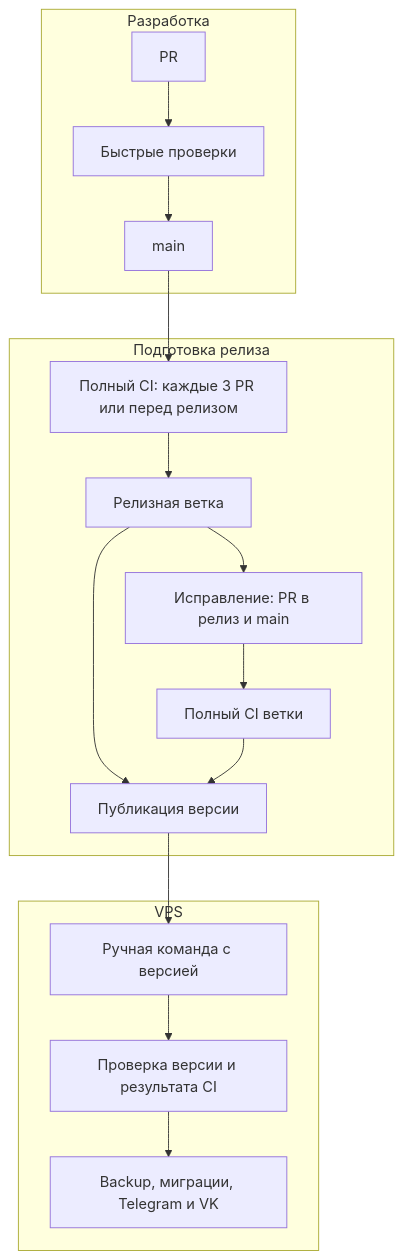
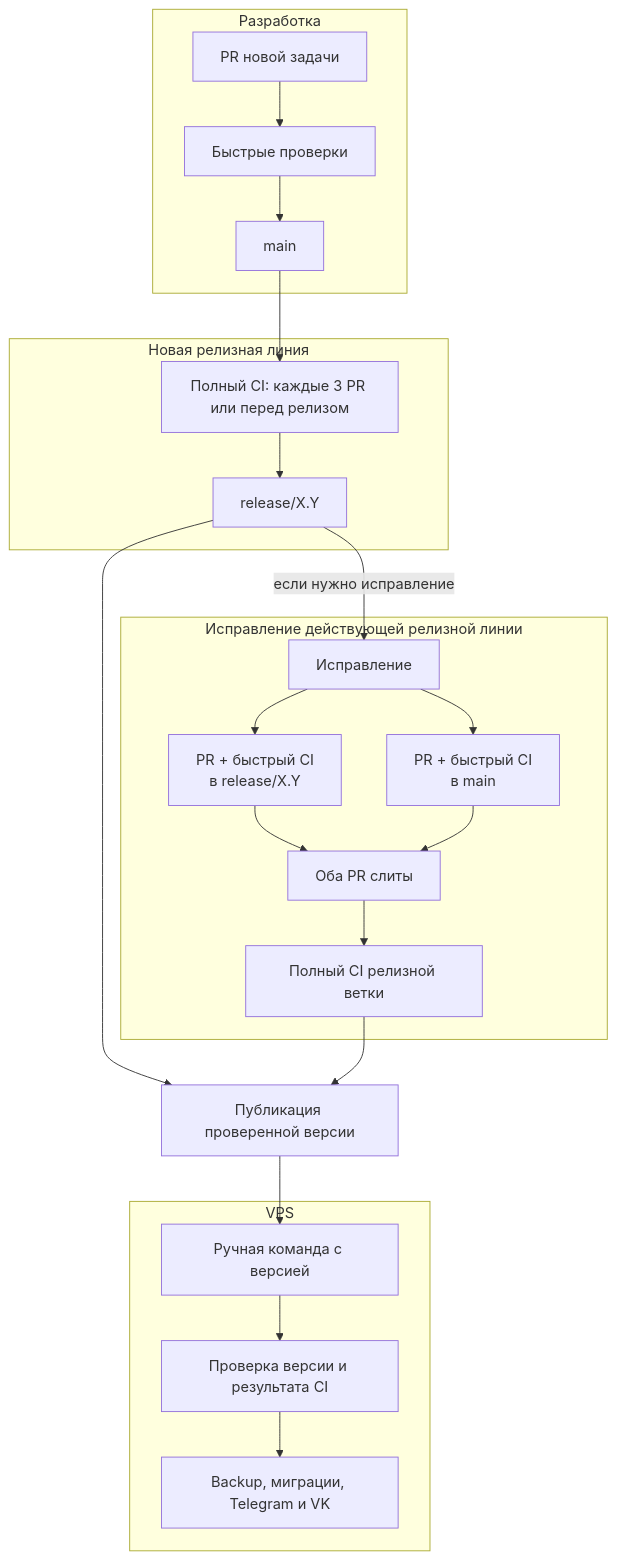
Before and after one commit to karateka-git/compadre-assistant: the diagram in docs/auto-deploy-main/PLAN.md, drawn with Mermaid.

Commit message:
Отделить маршрут исправления релиза на схеме

````diff
--- a/docs/auto-deploy-main/PLAN.md
+++ b/docs/auto-deploy-main/PLAN.md
@@ -22,22 +22,29 @@
 ```mermaid
 flowchart TB
     subgraph Dev["Разработка"]
-        A["PR"] --> B["Быстрые проверки"] --> C["main"]
+        A["PR новой задачи"] --> B["Быстрые проверки"] --> C["main"]
     end
 
-    subgraph Release["Подготовка релиза"]
-        D["Полный CI: каждые 3 PR или перед релизом"] --> E["Релизная ветка"]
-        E --> F["Исправление: PR в релиз и main"]
-        F --> G["Полный CI ветки"]
-        E --> H["Публикация версии"]
-        G --> H
+    subgraph NewRelease["Новая релизная линия"]
+        D["Полный CI: каждые 3 PR или перед релизом"] --> E["release/X.Y"]
+    end
+
+    subgraph Fix["Исправление действующей релизной линии"]
+        F["Исправление"] --> G["PR + быстрый CI<br/>в release/X.Y"]
+        F --> H["PR + быстрый CI<br/>в main"]
+        G --> L["Оба PR слиты"]
+        H --> L
+        L --> M["Полный CI релизной ветки"]
     end
 
     subgraph Server["VPS"]
         I["Ручная команда с версией"] --> J["Проверка версии и результата CI"]
         J --> K["Backup, миграции, Telegram и VK"]
     end
 
     C --> D
-    H --> I
+    E --> P["Публикация проверенной версии"]
+    E -->|если нужно исправление| F
+    M --> P
+    P --> I
 ```
````
